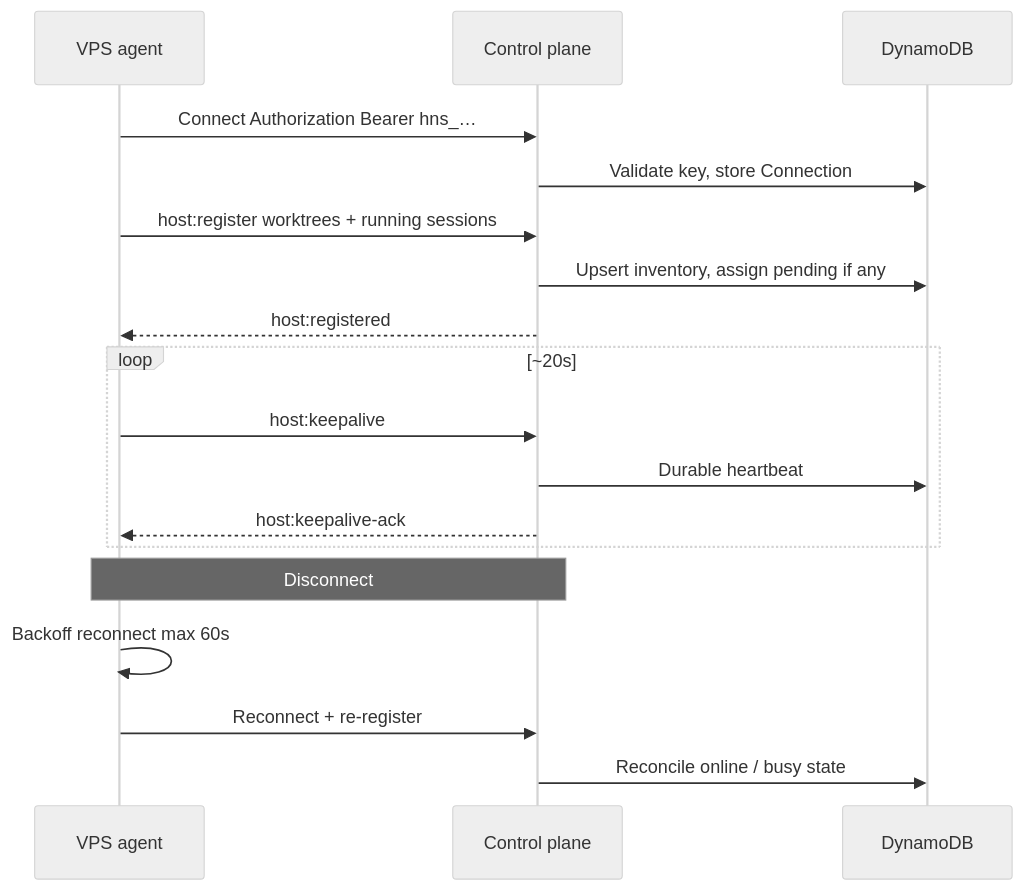
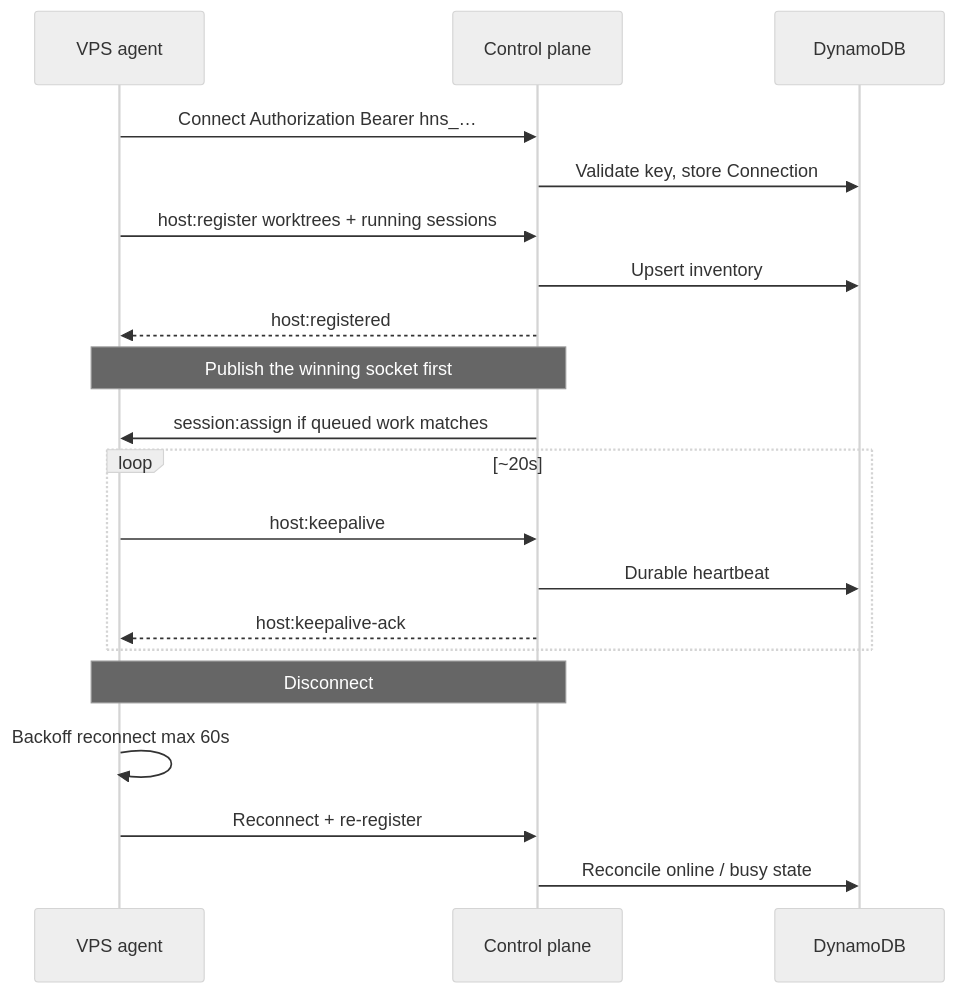
The diagram in docs/architecture/connection.md (jonathanong/auto-harness), drawn with Mermaid (neutral theme) before and after one commit. The commit also changed 1 other file, not shown here.

Commit message:
docs: correct assignment evidence, D10 gate, and register order
Codex review on the architecture split: scheduled assignment is the
main-checkout lease, checkout-fetch retry requires a deferred terminal
hook proof, and host:registered must publish the winning socket before
session:assign.

Validation: pnpm check:no-mistakes

````diff
--- a/docs/architecture/connection.md
+++ b/docs/architecture/connection.md
@@ -12,23 +12,25 @@
 ```mermaid
 sequenceDiagram
     participant Agent as VPS agent
     participant API as Control plane
     participant DDB as DynamoDB
 
     Agent->>API: Connect Authorization Bearer hns_…
     API->>DDB: Validate key, store Connection
     Agent->>API: host:register worktrees + running sessions
-    API->>DDB: Upsert inventory, assign pending if any
+    API->>DDB: Upsert inventory
     API-->>Agent: host:registered
+    Note over API,Agent: Publish the winning socket first
+    API->>Agent: session:assign if queued work matches
 
     loop ~20s
         Agent->>API: host:keepalive
         API->>DDB: Durable heartbeat
         API-->>Agent: host:keepalive-ack
     end
 
     Note over Agent,API: Disconnect
     Agent->>Agent: Backoff reconnect max 60s
     Agent->>API: Reconnect + re-register
     API->>DDB: Reconcile online / busy state
 ```
````
